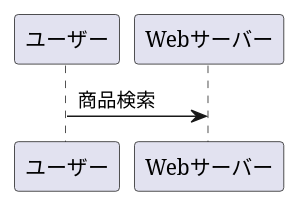
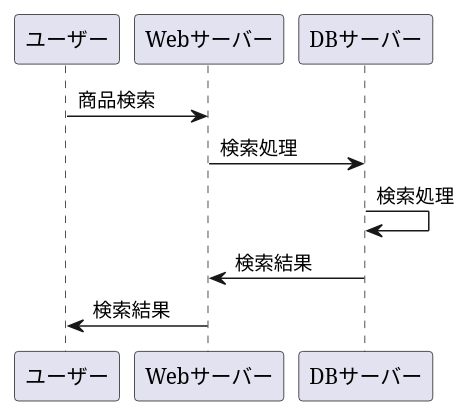
One commit to Aso2001174/2021sys-design changed the diagram in gyoumu.md. Above: the diagram before and after it, drawn with PlantUML.

````diff
--- a/gyoumu.md
+++ b/gyoumu.md
@@ -1,6 +1,10 @@
 ```uml
 @startuml
 ユーザー -> Webサーバー: 商品検索
+Webサーバー -> DBサーバー: 検索処理
+DBサーバー -> DBサーバー: 検索処理
+DBサーバー -> Webサーバー: 検索結果
+Webサーバー -> ユーザー: 検索結果
 
 @enduml
 ```
````
